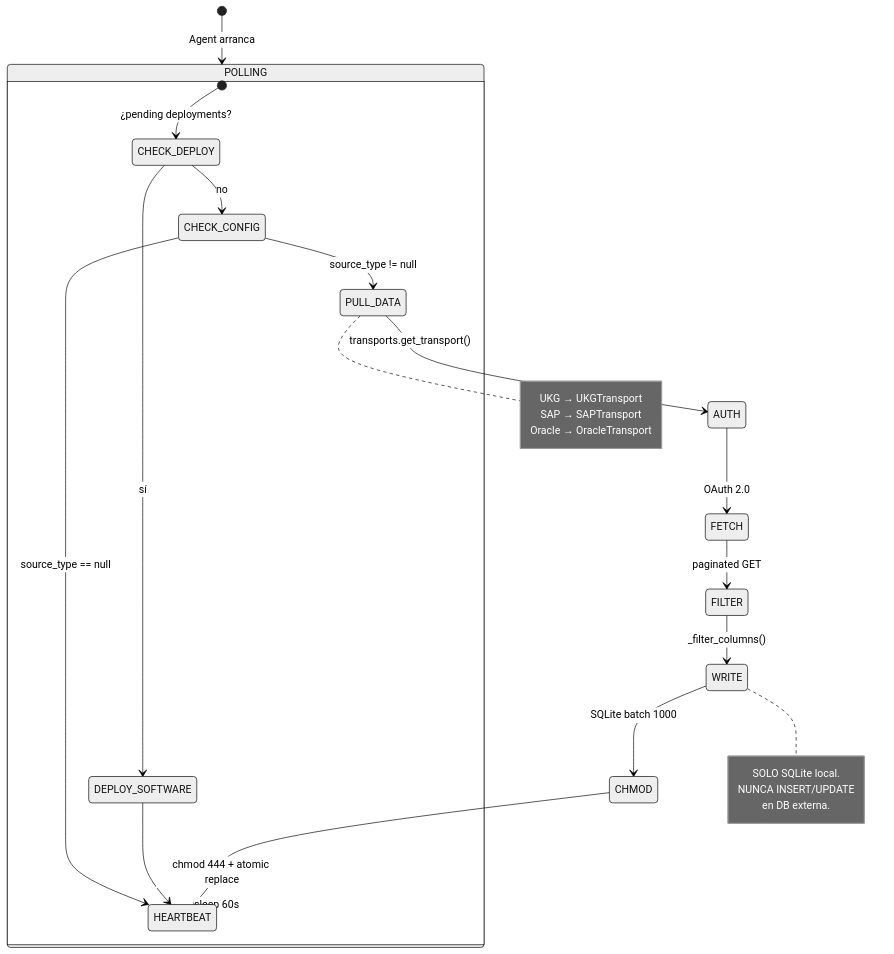
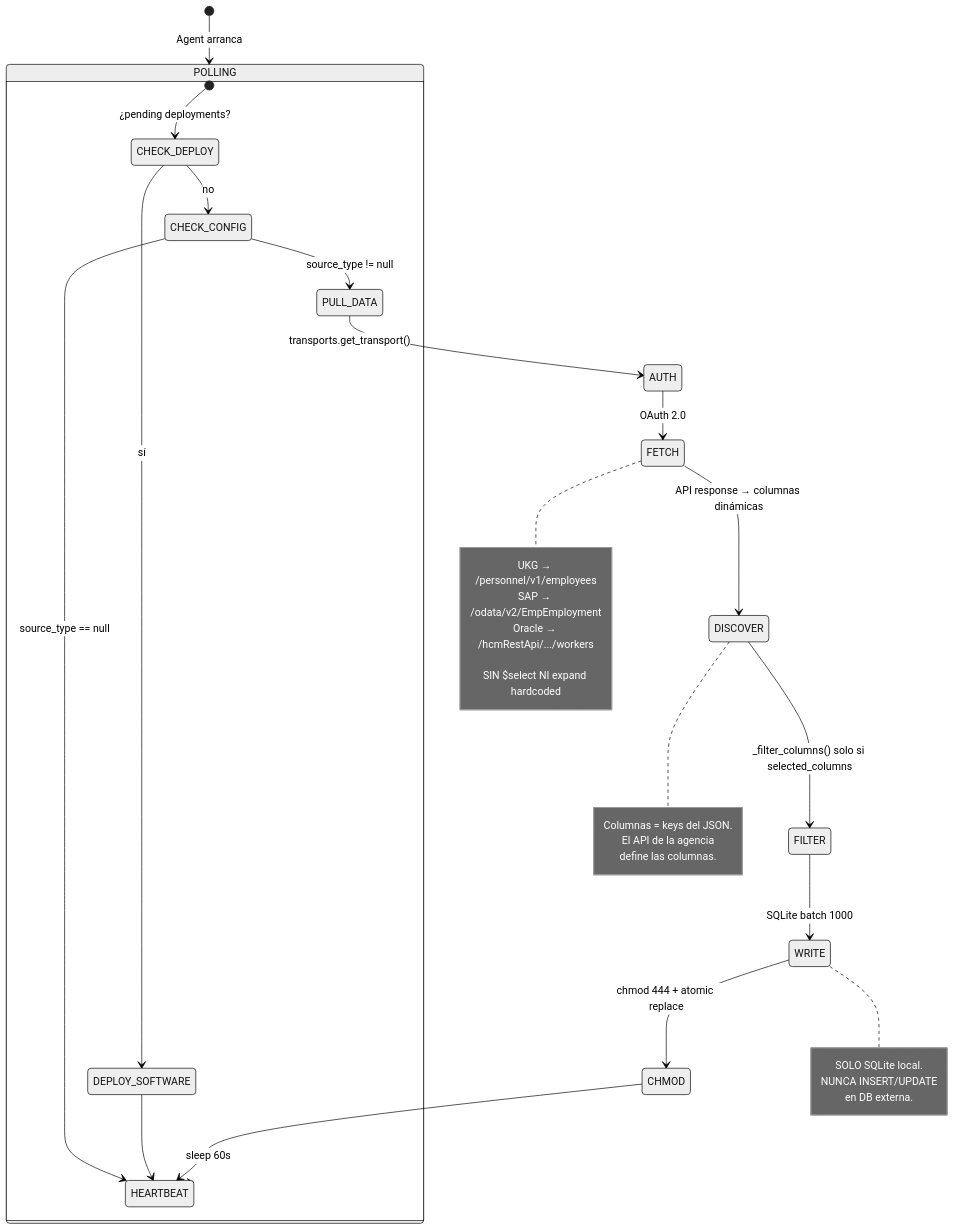
Before and after one commit to jcollazo/asi-deploy-hub: the third of 8 diagrams in docs/ARCHITECTURE_MERMAID.md, drawn with Mermaid (neutral theme). The commit also changed other lines of this file and 1 other file, not shown here.

First line of the commit message:
docs: actualizar diagramas y guía — columnas dinámicas del API

````diff
--- a/docs/ARCHITECTURE_MERMAID.md
+++ b/docs/ARCHITECTURE_MERMAID.md
@@ -128,24 +138,26 @@
 ```mermaid
 stateDiagram-v2
     [*] --> POLLING: Agent arranca
 
     state POLLING {
         [*] --> CHECK_DEPLOY: ¿pending deployments?
         CHECK_DEPLOY --> DEPLOY_SOFTWARE: sí
         CHECK_DEPLOY --> CHECK_CONFIG: no
         CHECK_CONFIG --> PULL_DATA: source_type != null
         CHECK_CONFIG --> HEARTBEAT: source_type == null
     }
 
     DEPLOY_SOFTWARE --> HEARTBEAT
     PULL_DATA --> AUTH: transports.get_transport()
     AUTH --> FETCH: OAuth 2.0
-    FETCH --> FILTER: paginated GET
-    FILTER --> WRITE: _filter_columns()
-    WRITE --> CHMOD: SQLite batch 1000
-    CHMOD --> HEARTBEAT: chmod 444 + atomic replace
-    HEARTBEAT --> POLLING: sleep 60s
+    FETCH --> DISCOVER: API response → columnas dinámicas
+    DISCOVER --> FILTER: _filter_columns() solo si selected_columns
+    FILTER --> WRITE: SQLite batch 1000
+    WRITE --> CHMOD: chmod 444 + atomic replace
+    CHMOD --> HEARTBEAT: sleep 60s
+    HEARTBEAT --> POLLING
 
-    note right of PULL_DATA: UKG → UKGTransport<br/>SAP → SAPTransport<br/>Oracle → OracleTransport
+    note right of FETCH: UKG → /personnel/v1/employees<br/>SAP → /odata/v2/EmpEmployment<br/>Oracle → /hcmRestApi/.../workers<br/><br/>SIN $select NI expand hardcoded
+    note right of DISCOVER: Columnas = keys del JSON.<br/>El API de la agencia<br/>define las columnas.
     note right of WRITE: SOLO SQLite local.<br/>NUNCA INSERT/UPDATE<br/>en DB externa.
 ```
````
